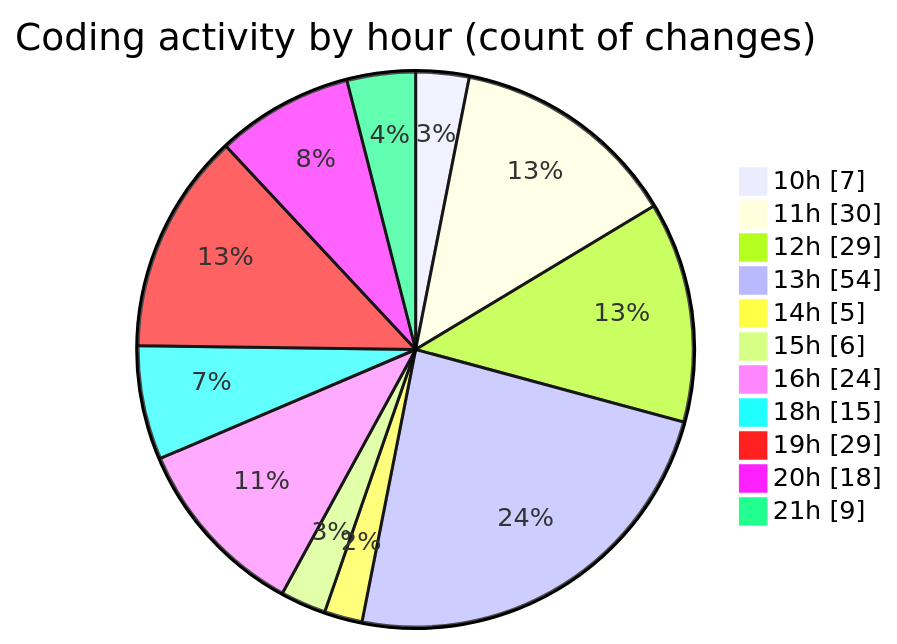
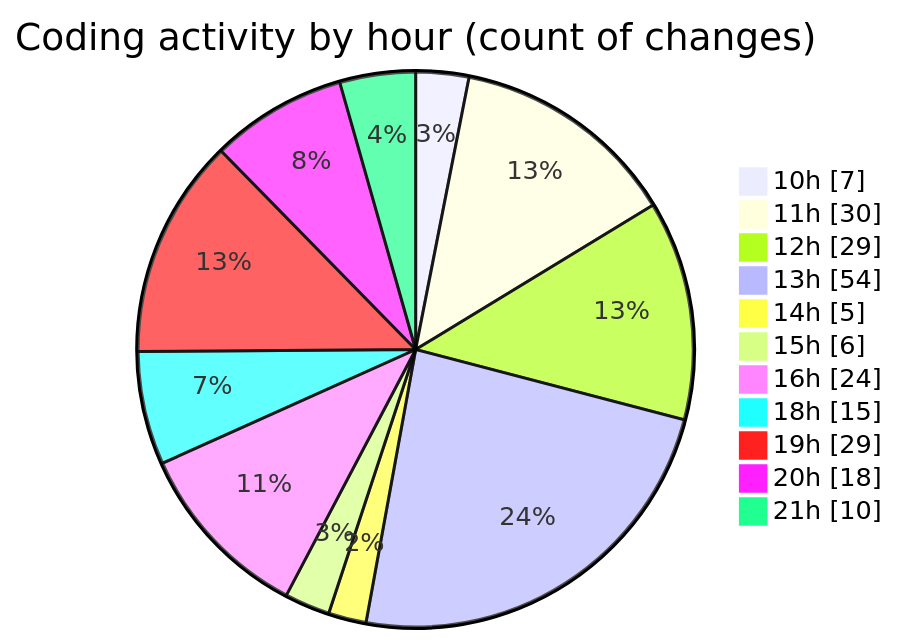
The second of 2 diagrams in 2025-06-26/cda/README.md (momahboobian/code-tracking), drawn with Mermaid before and after one commit. The commit also changed other lines of this file and 1 other file, not shown here.

````diff
--- a/2025-06-26/cda/README.md
+++ b/2025-06-26/cda/README.md
@@ -45,15 +45,15 @@
 ```mermaid
 pie showData
 title Coding activity by hour (count of changes)
 "10h" : 7
 "11h" : 30
 "12h" : 29
 "13h" : 54
 "14h" : 5
 "15h" : 6
 "16h" : 24
 "18h" : 15
 "19h" : 29
 "20h" : 18
-"21h" : 9
+"21h" : 10
 ```
````
